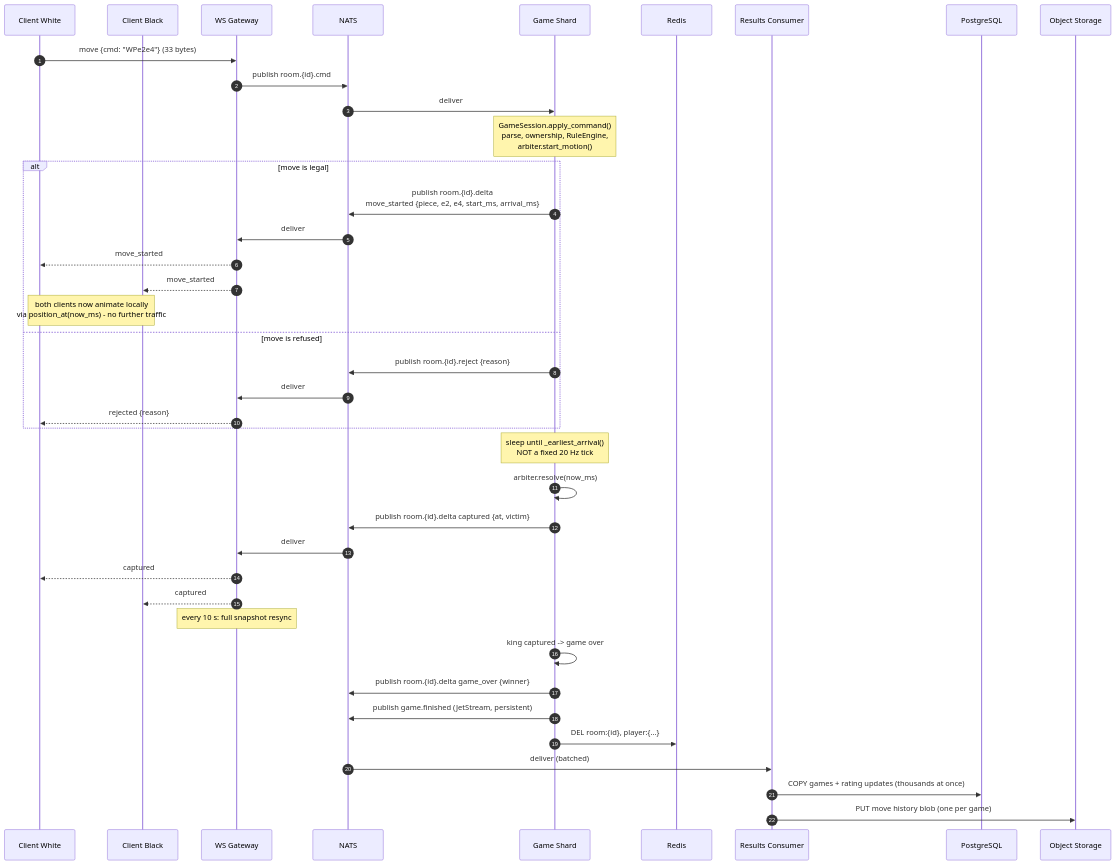
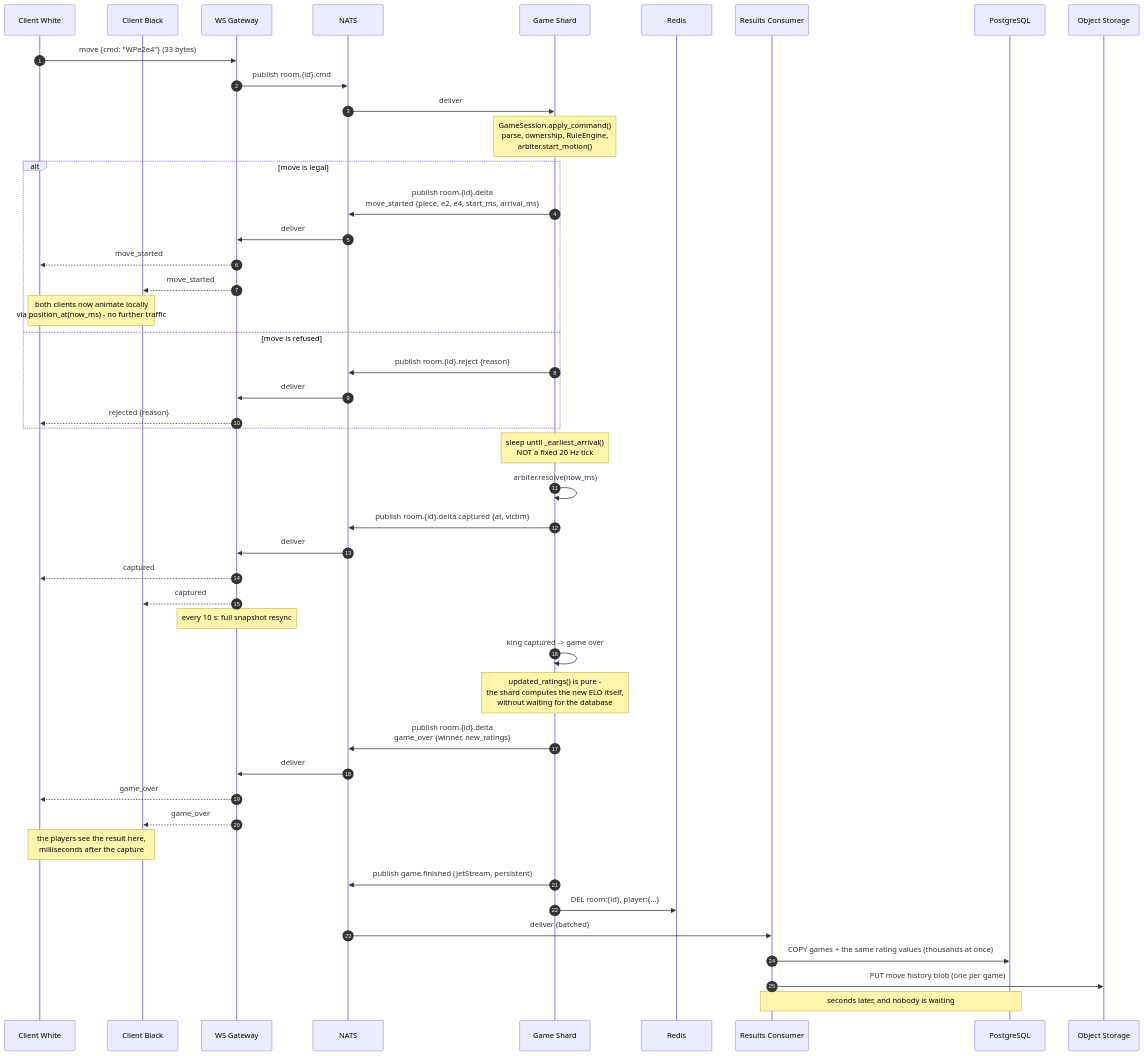
Before and after one commit to efratkamatech/kung_fu_chess: the fourth of 7 diagrams in Server_Design_EN.md, drawn with Mermaid. The commit also changed other lines of this file and 1 other file, not shown here.

First line of the commit message:
docs: show the game-over delta reaching the clients

````diff
--- a/Server_Design_EN.md
+++ b/Server_Design_EN.md
@@ -884,50 +884,58 @@
 ```mermaid
 sequenceDiagram
     autonumber
     participant C1 as Client White
     participant C2 as Client Black
     participant WS as WS Gateway
     participant N as NATS
     participant SH as Game Shard
     participant R as Redis
     participant CO as Results Consumer
     participant PG as PostgreSQL
     participant OBJ as Object Storage
 
     C1->>WS: move {cmd: "WPe2e4"}   (33 bytes)
     WS->>N: publish room.{id}.cmd
     N->>SH: deliver
 
     Note over SH: GameSession.apply_command()<br/>parse, ownership, RuleEngine,<br/>arbiter.start_motion()
 
     alt move is legal
         SH->>N: publish room.{id}.delta<br/>move_started {piece, e2, e4, start_ms, arrival_ms}
         N->>WS: deliver
         WS-->>C1: move_started
         WS-->>C2: move_started
         Note over C1,C2: both clients now animate locally<br/>via position_at(now_ms) - no further traffic
     else move is refused
         SH->>N: publish room.{id}.reject {reason}
         N->>WS: deliver
         WS-->>C1: rejected {reason}
     end
 
     Note over SH: sleep until _earliest_arrival()<br/>NOT a fixed 20 Hz tick
 
     SH->>SH: arbiter.resolve(now_ms)
     SH->>N: publish room.{id}.delta captured {at, victim}
     N->>WS: deliver
     WS-->>C1: captured
     WS-->>C2: captured
 
     Note over WS: every 10 s: full snapshot resync
 
     SH->>SH: king captured -> game over
-    SH->>N: publish room.{id}.delta game_over {winner}
+    Note over SH: updated_ratings() is pure -<br/>the shard computes the new ELO itself,<br/>without waiting for the database
+
+    SH->>N: publish room.{id}.delta<br/>game_over {winner, new_ratings}
+    N->>WS: deliver
+    WS-->>C1: game_over
+    WS-->>C2: game_over
+    Note over C1,C2: the players see the result here,<br/>milliseconds after the capture
+
     SH->>N: publish game.finished (JetStream, persistent)
     SH->>R: DEL room:{id}, player:{...}
 
     N->>CO: deliver (batched)
-    CO->>PG: COPY games + rating updates (thousands at once)
+    CO->>PG: COPY games + the same rating values (thousands at once)
     CO->>OBJ: PUT move history blob (one per game)
+    Note over CO,PG: seconds later, and nobody is waiting
 ```
````
